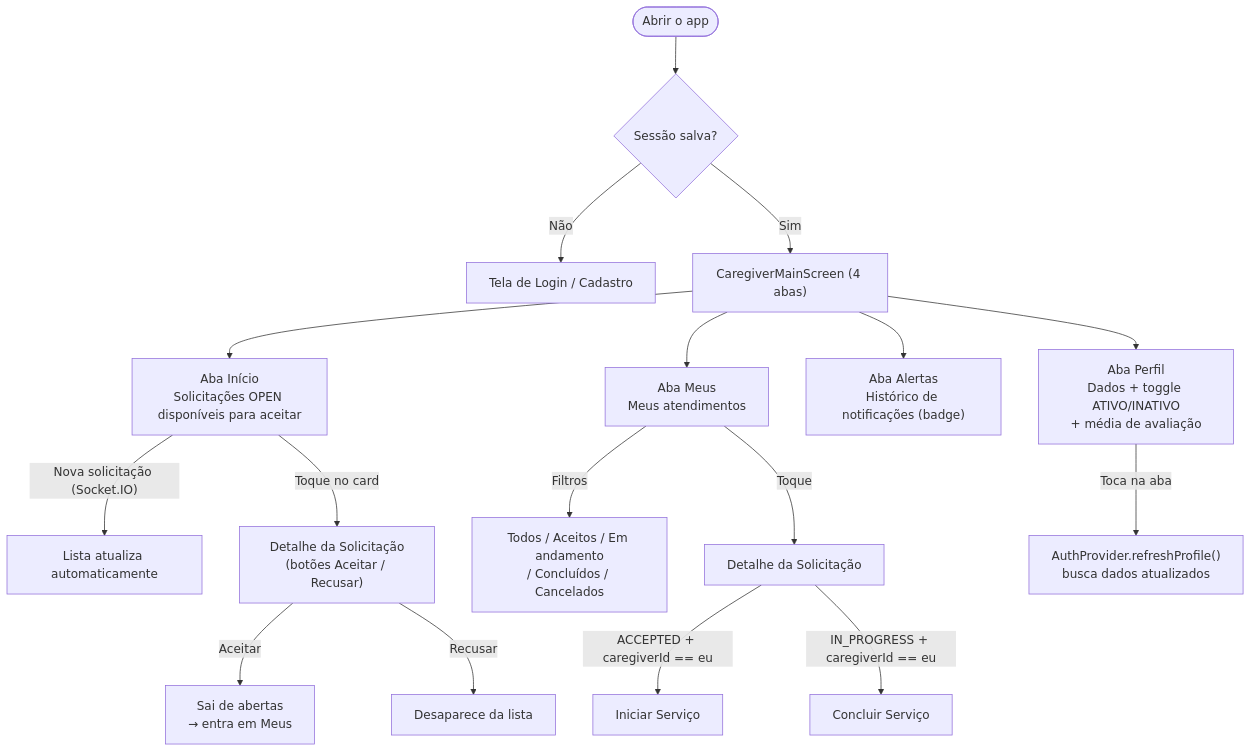
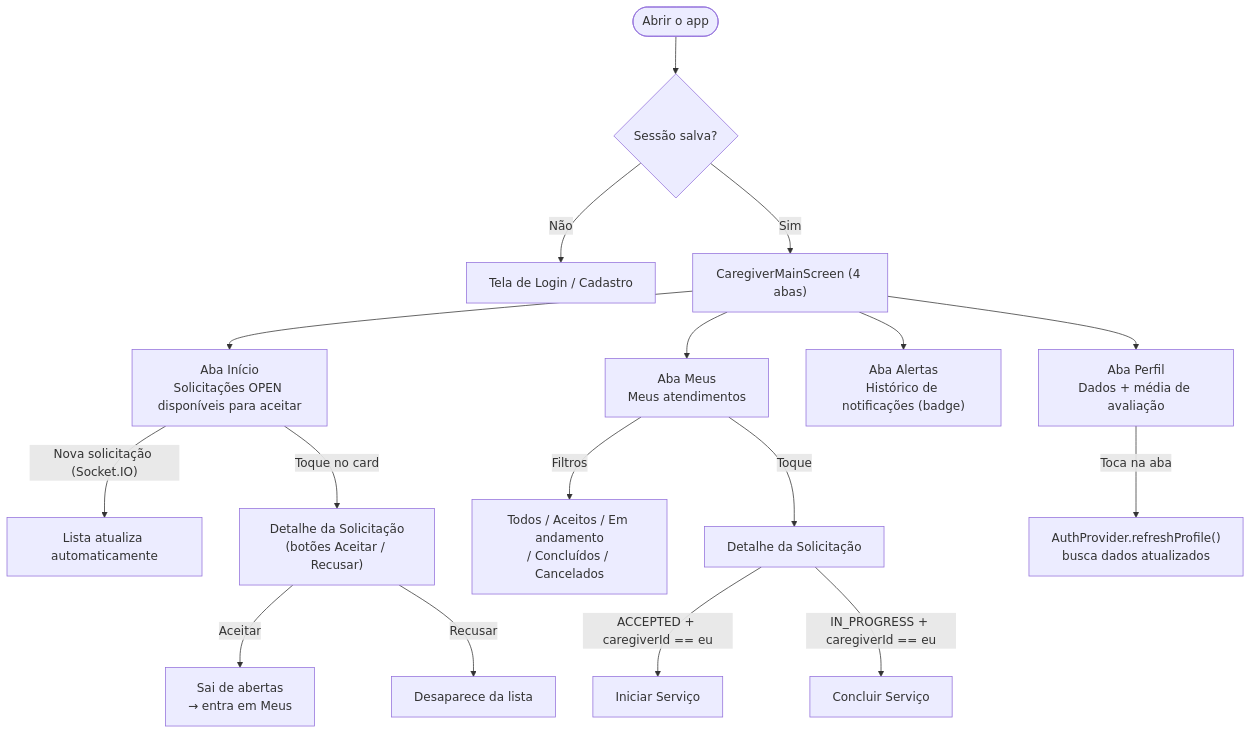
The first of 6 diagrams in docs/mobile-caregiver-app.md (marcosffp/plantao-pet-system), drawn with Mermaid before and after one commit. The commit also changed other lines of this file and 11 other files, not shown here.

````diff
--- a/docs/mobile-caregiver-app.md
+++ b/docs/mobile-caregiver-app.md
@@ -56,28 +56,28 @@
 ```mermaid
 flowchart TD
     START([Abrir o app])
     CHECK{Sessão salva?}
     LOGIN[Tela de Login / Cadastro]
     MAIN["CaregiverMainScreen (4 abas)"]
 
     START --> CHECK
     CHECK -->|Não| LOGIN
     CHECK -->|Sim| MAIN
 
     MAIN --> ABA0["Aba Início\nSolicitações OPEN disponíveis para aceitar"]
     MAIN --> ABA1["Aba Meus\nMeus atendimentos"]
     MAIN --> ABA2["Aba Alertas\nHistórico de notificações (badge)"]
-    MAIN --> ABA3["Aba Perfil\nDados + toggle ATIVO/INATIVO\n+ média de avaliação"]
+    MAIN --> ABA3["Aba Perfil\nDados + média de avaliação"]
 
     ABA0 -->|"Nova solicitação (Socket.IO)"| REALTIME["Lista atualiza automaticamente"]
     ABA0 -->|"Toque no card"| DETAIL["Detalhe da Solicitação\n(botões Aceitar / Recusar)"]
     DETAIL -->|"Aceitar"| ACCEPTED["Sai de abertas\n→ entra em Meus"]
     DETAIL -->|"Recusar"| REFUSED["Desaparece da lista"]
 
     ABA1 -->|"Filtros"| FILTERS["Todos / Aceitos / Em andamento\n/ Concluídos / Cancelados"]
     ABA1 -->|"Toque"| DETAIL2["Detalhe da Solicitação"]
     DETAIL2 -->|"ACCEPTED + caregiverId == eu"| START_SVC["Iniciar Serviço"]
     DETAIL2 -->|"IN_PROGRESS + caregiverId == eu"| COMPLETE_SVC["Concluir Serviço"]
 
     ABA3 -->|"Toca na aba"| REFRESH["AuthProvider.refreshProfile()\nbusca dados atualizados"]
 ```
````
